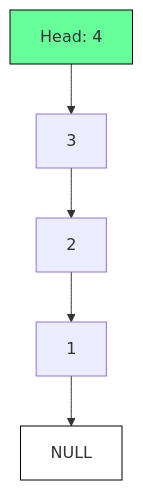
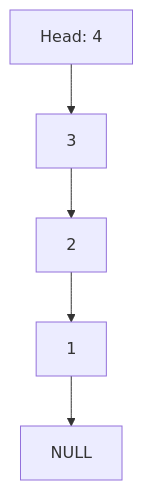
One commit to robenkleene/development-references changed the sixth of 6 diagrams in computer-science/linked-list-reverse.md. Above: the diagram before and after it, drawn with Mermaid. The commit also changed other lines of this file, not shown here.

````diff
--- a/computer-science/linked-list-reverse.md
+++ b/computer-science/linked-list-reverse.md
@@ -114,9 +101,7 @@
 ``` mermaid
 graph TD
     D[Head: 4] --> C[3]
     C --> B[2]
     B --> A[1]
     A --> NULL
-    style D fill:#6f9,stroke:#000
-    style NULL fill:#fff,stroke:#000
 ```
````
